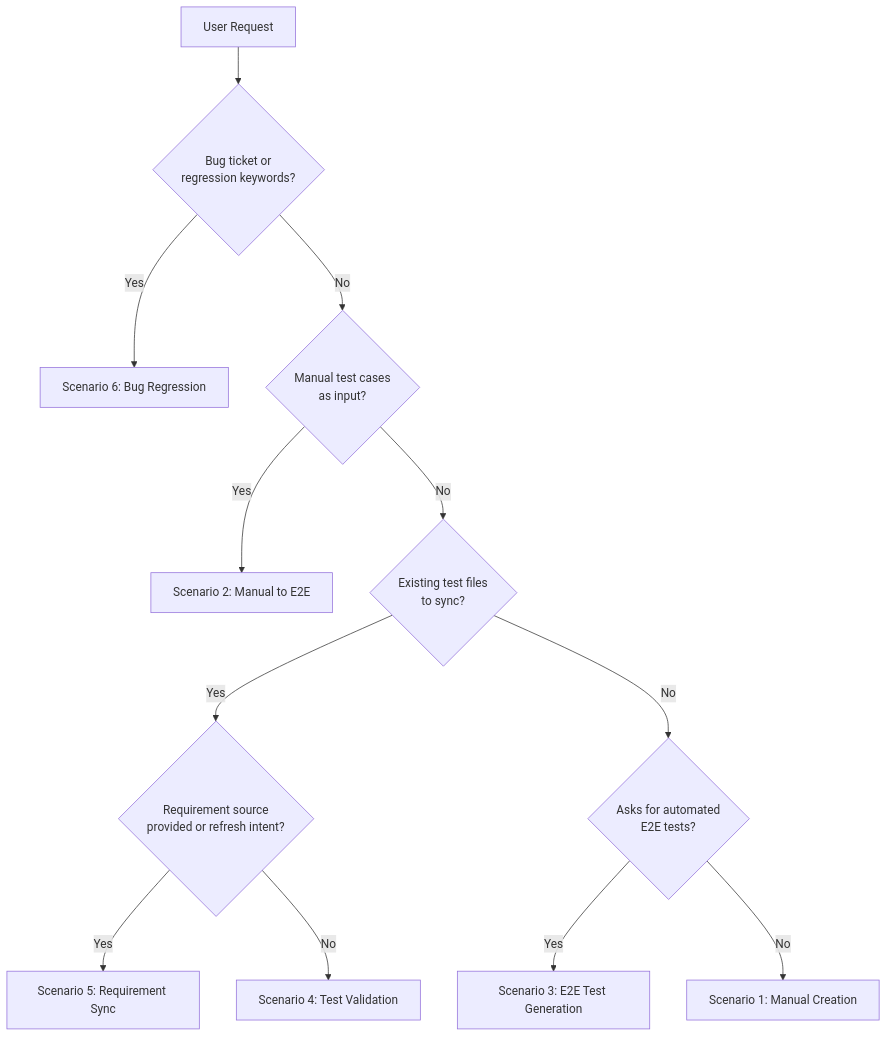
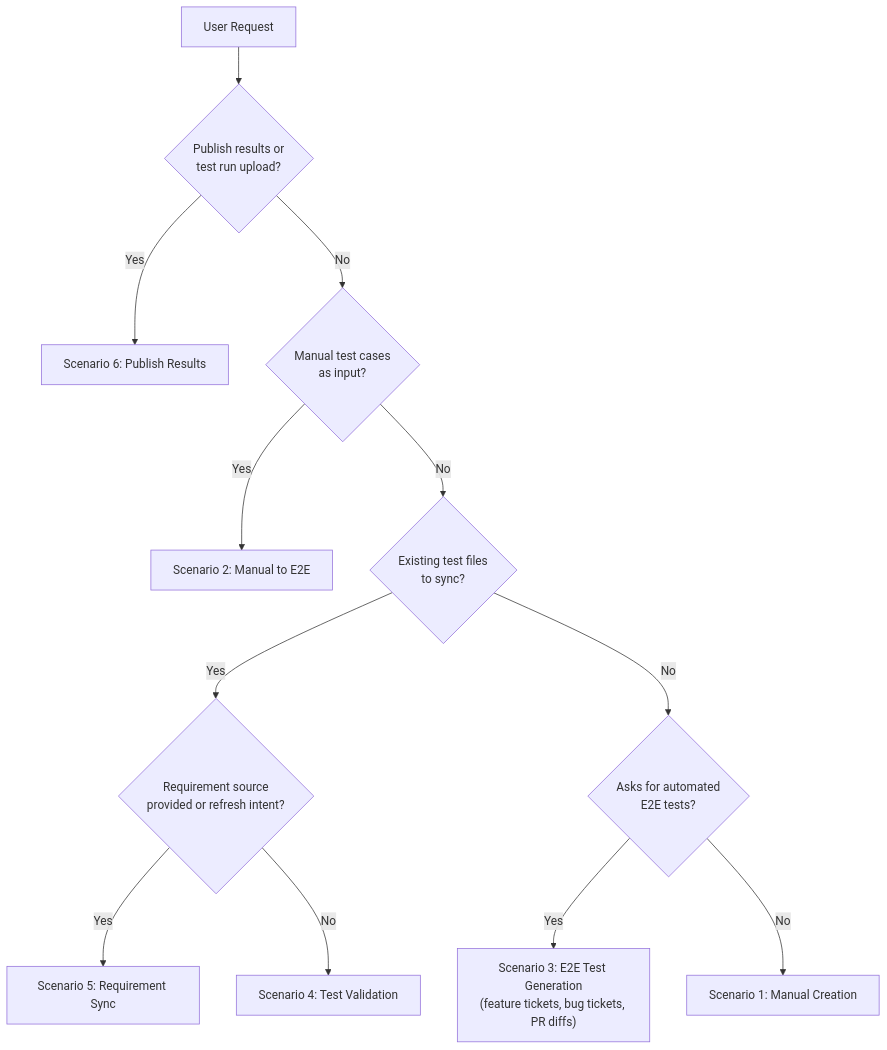
The first of 6 diagrams in docs/SCENARIOS.md (STUkh/sparq-assistant), drawn with Mermaid before and after one commit. The commit also changed other lines of this file and 276 other files, not shown here.

````diff
--- a/docs/SCENARIOS.md
+++ b/docs/SCENARIOS.md
@@ -23,14 +23,14 @@
 ```mermaid
 flowchart TD
-  Start[User Request] --> Q0{Bug ticket or<br/>regression keywords?}
-  Q0 -->|Yes| S6[Scenario 6: Bug Regression]
-  Q0 -->|No| Q1{Manual test cases<br/>as input?}
+  Start[User Request] --> Q7{Publish results or<br/>test run upload?}
+  Q7 -->|Yes| S6[Scenario 6: Publish Results]
+  Q7 -->|No| Q1{Manual test cases<br/>as input?}
   Q1 -->|Yes| S2[Scenario 2: Manual to E2E]
   Q1 -->|No| Q2{Existing test files<br/>to sync?}
   Q2 -->|Yes| Q4{Requirement source<br/>provided or refresh intent?}
   Q4 -->|Yes| S5[Scenario 5: Requirement Sync]
   Q4 -->|No| S4[Scenario 4: Test Validation]
   Q2 -->|No| Q3{Asks for automated<br/>E2E tests?}
-  Q3 -->|Yes| S3[Scenario 3: E2E Test Generation]
+  Q3 -->|Yes| S3["Scenario 3: E2E Test Generation<br/>(feature tickets, bug tickets, PR diffs)"]
   Q3 -->|No| S1[Scenario 1: Manual Creation]
 ```
````
